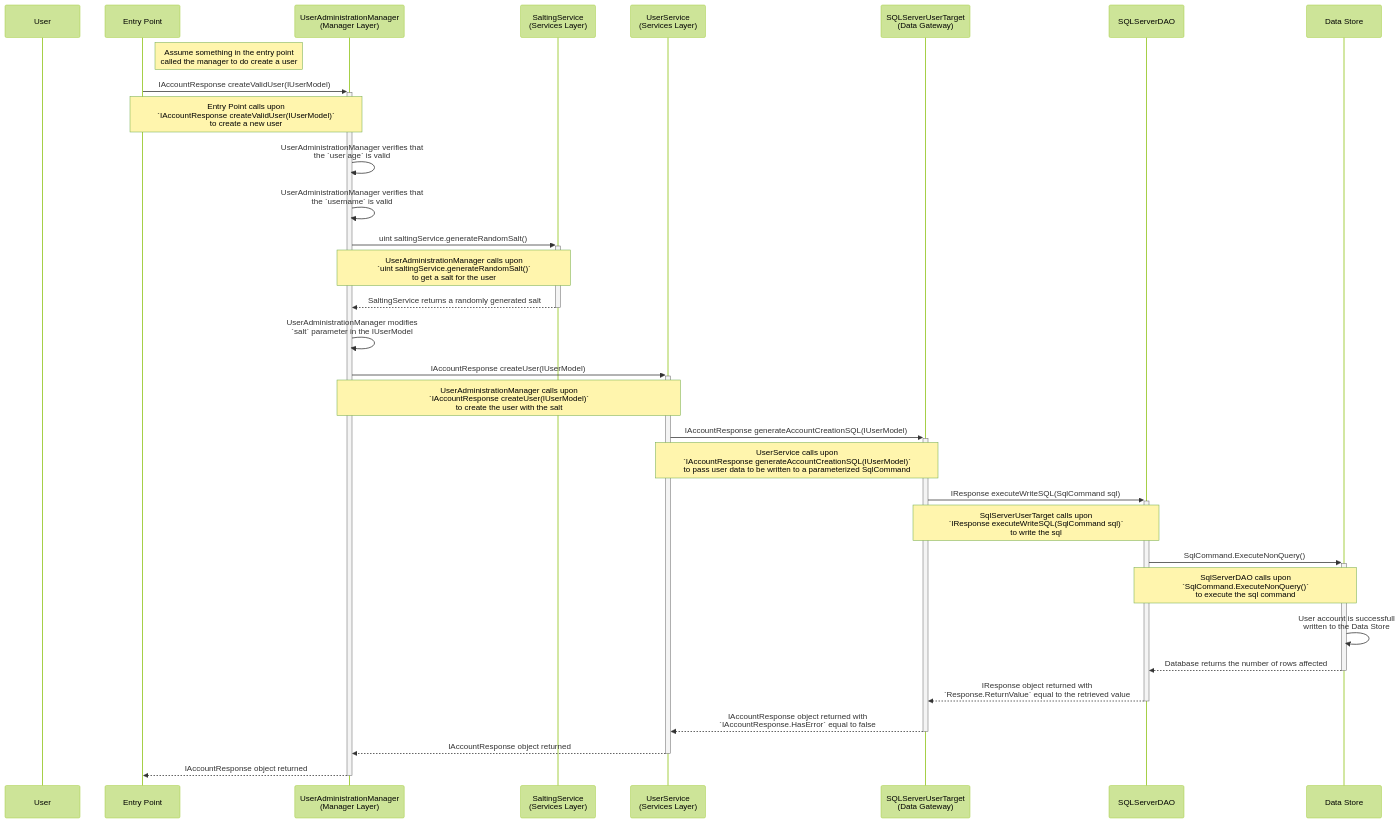
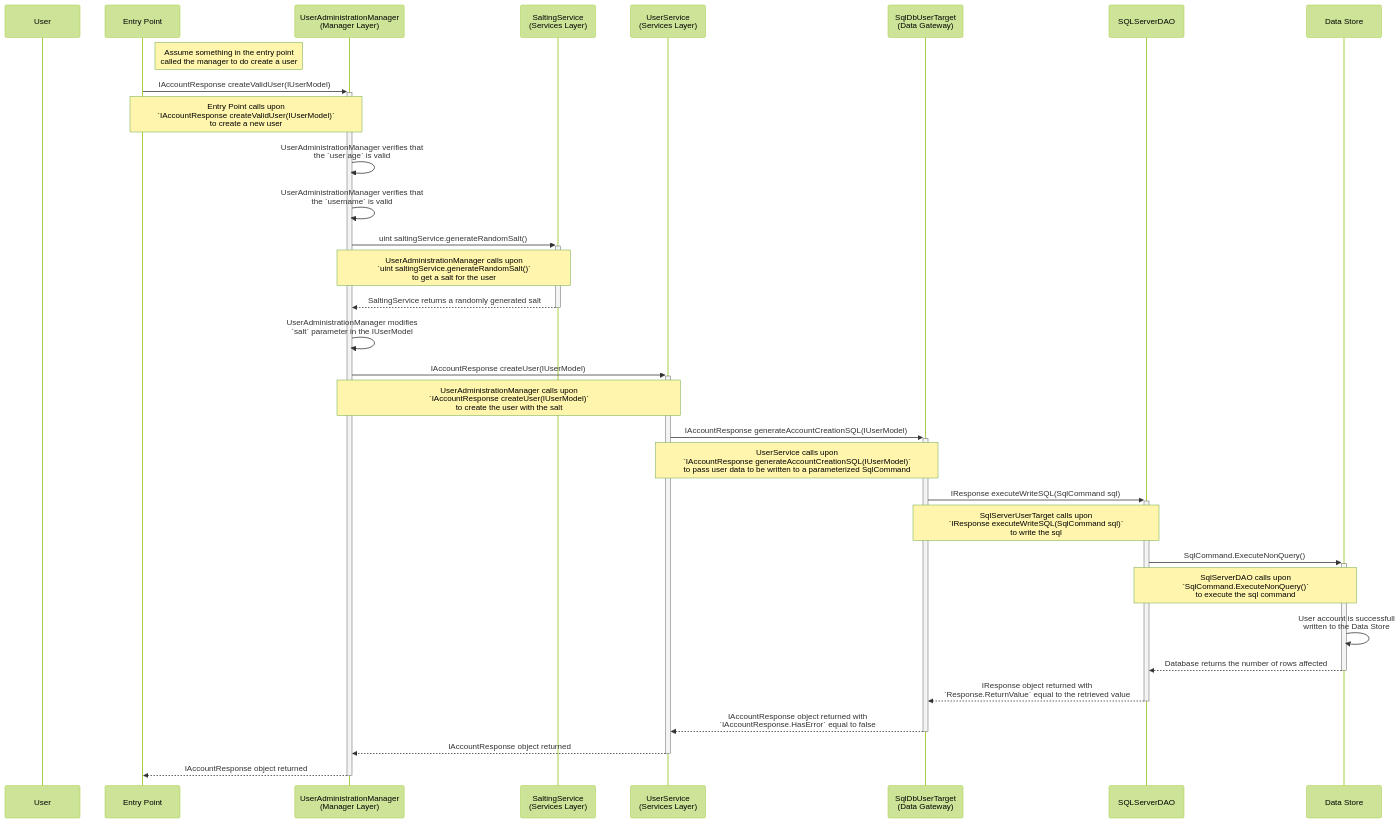
The diagram in Project Documents/Milestone 2/Low Level Design/User Administration Library/UserAdministrationLibrary_AccountCreation_pass.mmd (MNRainDrop/CECS-491A-Spec), drawn with Mermaid (forest theme) before and after one commit. The commit also changed 1 other file, not shown here.

```diff
--- a/Project Documents/Milestone 2/Low Level Design/User Administration Library/UserAdministrationLibrary_AccountCreation_pass.mmd
+++ b/Project Documents/Milestone 2/Low Level Design/User Administration Library/UserAdministrationLibrary_AccountCreation_pass.mmd
@@ -1,46 +1,46 @@
 sequenceDiagram
 participant u as User
 participant e as Entry Point
 participant usm as UserAdministrationManager<br>(Manager Layer)
 participant ss as SaltingService<br>(Services Layer)
 participant uc as UserService<br>(Services Layer)
-participant dg as SQLServerUserTarget<br>(Data Gateway)
+participant dg as SqlDbUserTarget<br>(Data Gateway)
 participant da as SQLServerDAO
 participant ds as Data Store
 
 Note Right of e: Assume something in the entry point<br>called the manager to do create a user
 e->>+usm: IAccountResponse createValidUser(IUserModel)
     Note over e,usm: Entry Point calls upon<br>`IAccountResponse createValidUser(IUserModel)`<br>to create a new user
 
 usm->>usm: UserAdministrationManager verifies that<br>the `user age` is valid
 usm->>usm: UserAdministrationManager verifies that<br>the `username` is valid
 
 usm->>+ss: uint saltingService.generateRandomSalt()
     Note over ss,usm: UserAdministrationManager calls upon<br>`uint saltingService.generateRandomSalt()`<br>to get a salt for the user
 ss-->>-usm: SaltingService returns a randomly generated salt
 
 usm->>usm: UserAdministrationManager modifies<br>`salt` parameter in the IUserModel
 usm->>+uc: IAccountResponse createUser(IUserModel)
     Note over usm,uc: UserAdministrationManager calls upon<br>`IAccountResponse createUser(IUserModel)`<br>to create the user with the salt
 
 uc->>+dg: IAccountResponse generateAccountCreationSQL(IUserModel)
     Note over uc,dg: UserService calls upon<br>`IAccountResponse generateAccountCreationSQL(IUserModel)`<br>to pass user data to be written to a parameterized SqlCommand
 
 dg->>+da: IResponse executeWriteSQL(SqlCommand sql)
     Note over dg,da: SqlServerUserTarget calls upon<br>`IResponse executeWriteSQL(SqlCommand sql)`<br>to write the sql
 
 da->>+ds: SqlCommand.ExecuteNonQuery()
     Note over da,ds: SqlServerDAO calls upon<br>`SqlCommand.ExecuteNonQuery()`<br>to execute the sql command
 
 ds->>ds: User account is successfull<br>written to the Data Store
 
 ds-->>-da: Database returns the number of rows affected
 
 da-->>-dg: IResponse object returned with<br>`Response.ReturnValue` equal to the retrieved value
 
 dg-->>-uc: IAccountResponse object returned with<br>`IAccountResponse.HasError` equal to false
 
 uc-->>-usm: IAccountResponse object returned
 
 usm-->>e: IAccountResponse object returned
 deactivate usm
```
